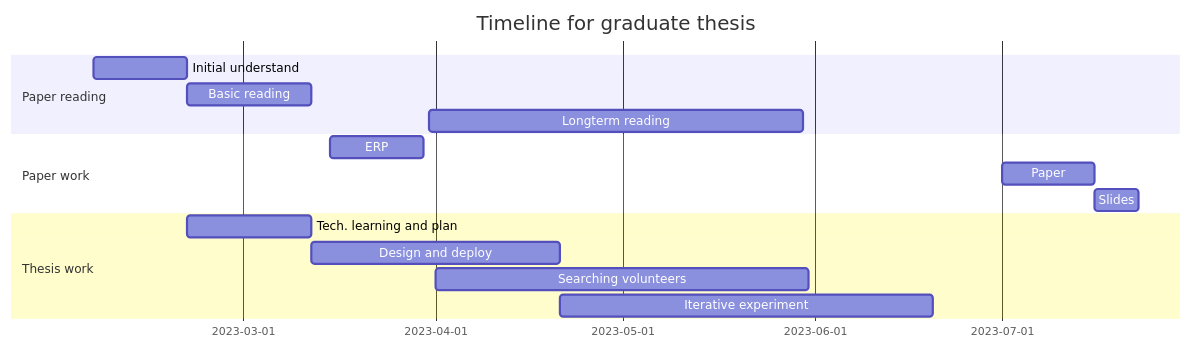
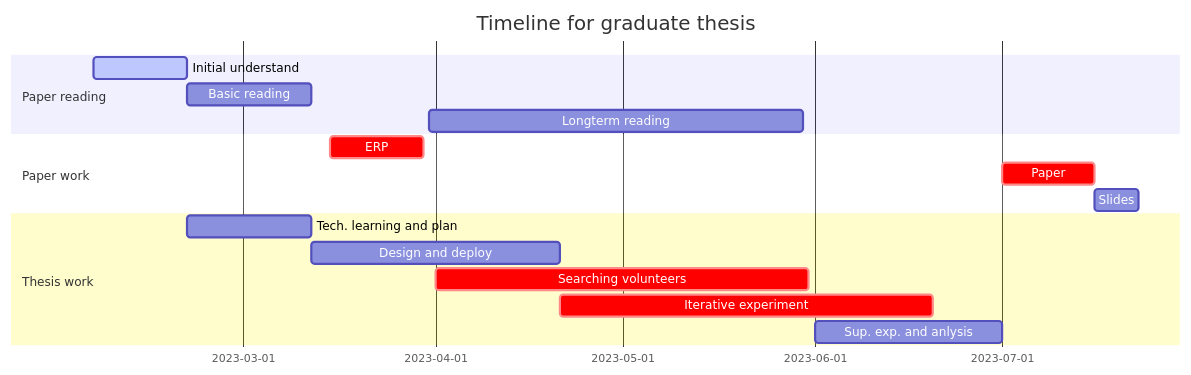
Before and after one commit to hinczhang/GraduteThesis_Master: the diagram in README.md, drawn with Mermaid.

Commit message:
daily update

````diff
--- a/README.md
+++ b/README.md
@@ -9,18 +9,19 @@
 ```mermaid
 gantt
     title Timeline for graduate thesis
     dateFormat  YYYY-MM-DD
     section Paper reading
-    Initial understand              :a1, 2023-02-05, 15d
+    Initial understand              :active, a1, 2023-02-05, 15d
     Basic reading                   :a2, after a1, 20d
     Longterm reading                :2023-03-31, 60d
     section Paper work
-    ERP                             :b1, 2023-03-15, 15d
-    Paper                           :b2, 2023-07-01, 15d
+    ERP                             :crit, b1, 2023-03-15, 15d
+    Paper                           :crit, b2, 2023-07-01, 15d
     Slides                          :b3, after b2, 7d
     section Thesis work
     Tech. learning and plan         :c1, after a1, 20d
     Design and deploy               :c2, after c1, 40d
-    Searching volunteers            :c3, 2023-04-01, 60d
-    Iterative experiment            :c4, after c2, 60d
+    Searching volunteers            :crit, c3, 2023-04-01, 60d
+    Iterative experiment            :crit, c4, after c2, 60d
+    Sup. exp. and anlysis           :c5, 2023-06-01, 30d
 ```
````
